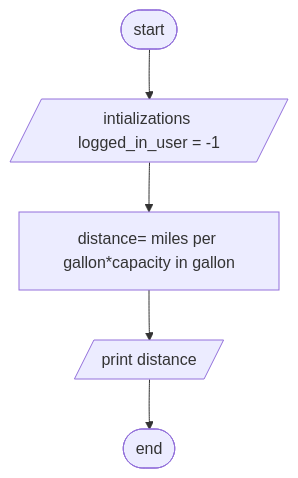
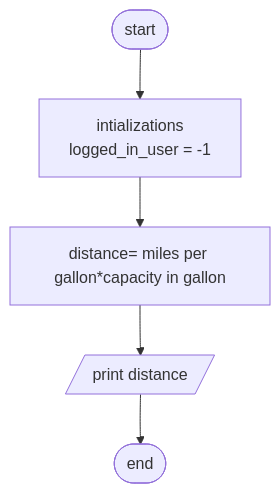
The first of 2 diagrams in FoP I/flowchart.md (Ludis-ET/Bank-Account), drawn with Mermaid before and after one commit.

Commit message:
new line

````diff
--- a/FoP I/flowchart.md
+++ b/FoP I/flowchart.md
@@ -1,7 +1,7 @@
 ```mermaid
     flowchart TD;
-    A([start])-->B[/intializations logged_in_user = -1/];
+    A([start])-->B["intializations \n logged_in_user = -1"];
     B-->C["distance= miles per gallon*capacity in gallon"];
     C-->D[/print distance/];
     D-->E([end]);
 ```
````
